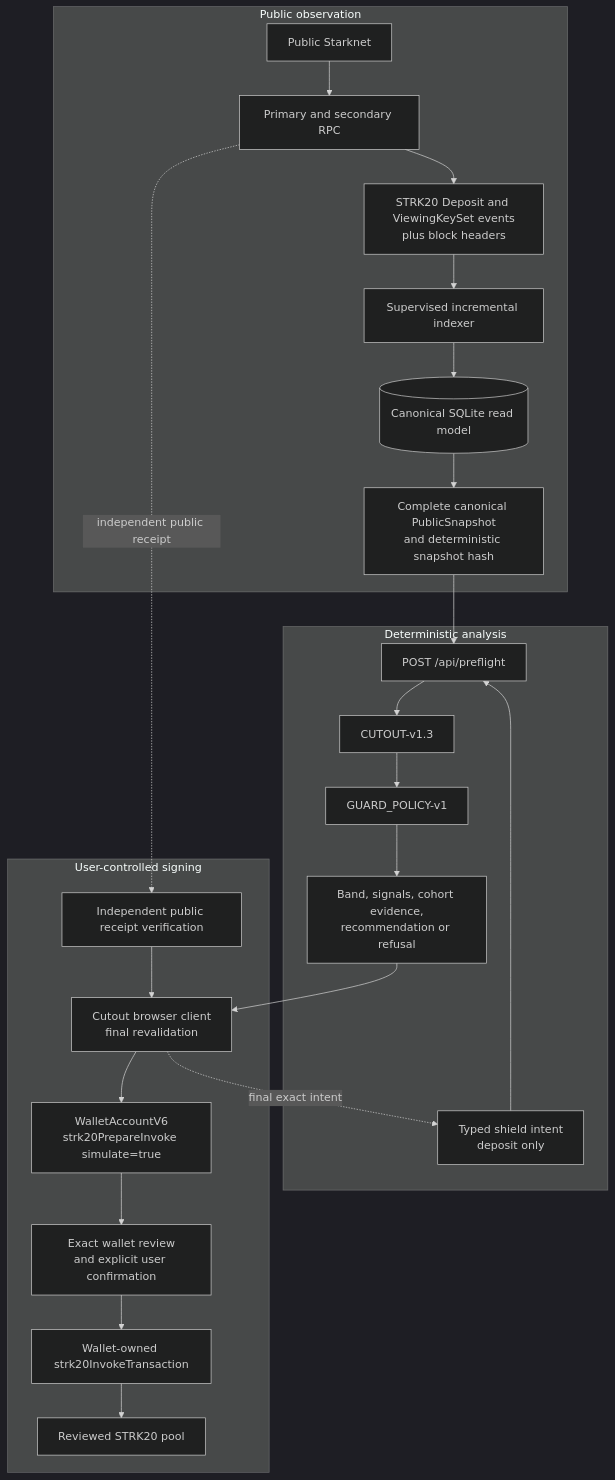
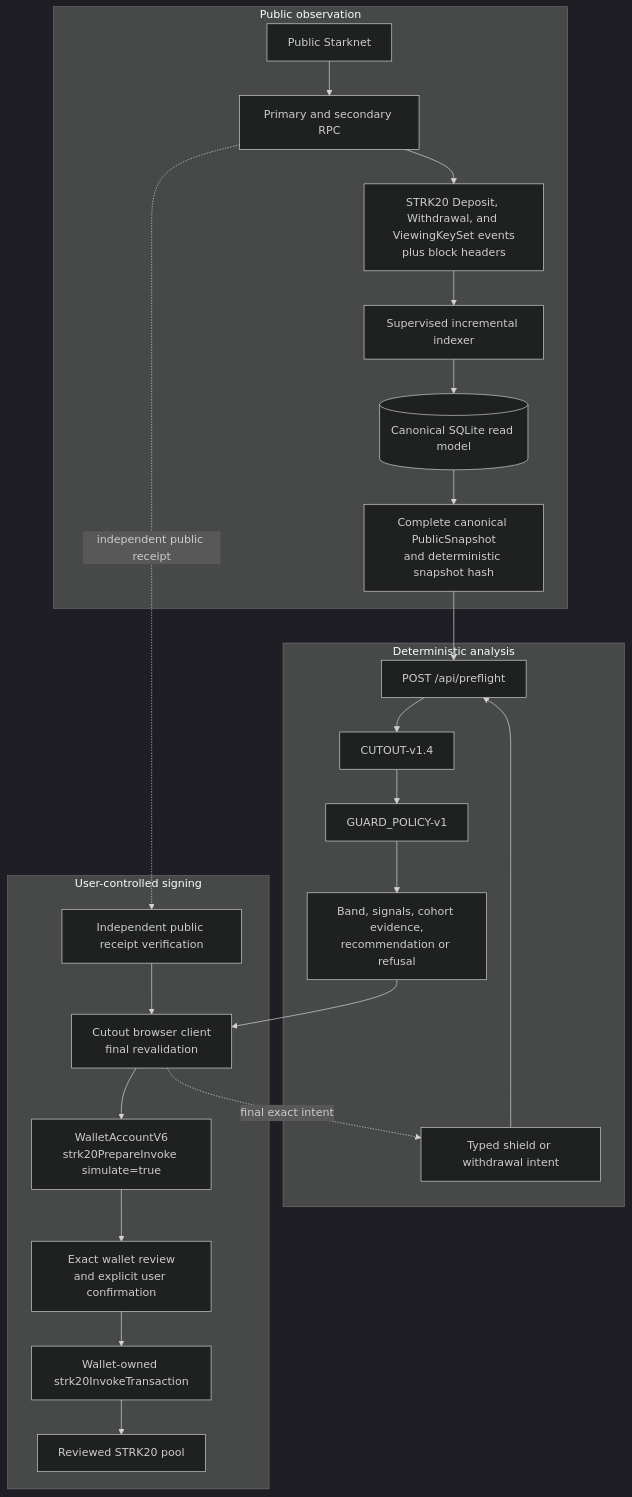
The diagram in docs/ARCHITECTURE.md (dmetagame/cutout), drawn with Mermaid (dark theme) before and after one commit. The commit also changed other lines of this file and 77 other files, not shown here.

````diff
--- a/docs/ARCHITECTURE.md
+++ b/docs/ARCHITECTURE.md
@@ -7,36 +11,36 @@
 ```mermaid
 flowchart TB
   subgraph PublicObservation[Public observation]
     SN[Public Starknet]
     RPC[Primary and secondary RPC]
-    EVENTS["STRK20 Deposit and ViewingKeySet events<br/>plus block headers"]
+    EVENTS["STRK20 Deposit, Withdrawal, and ViewingKeySet events<br/>plus block headers"]
     INDEXER[Supervised incremental indexer]
     STORE[(Canonical SQLite read model)]
     SNAPSHOT["Complete canonical PublicSnapshot<br/>and deterministic snapshot hash"]
     SN --> RPC --> EVENTS --> INDEXER --> STORE --> SNAPSHOT
   end
 
   subgraph DeterministicAnalysis[Deterministic analysis]
-    INTENT["Typed shield intent<br/>deposit only"]
+    INTENT["Typed shield or withdrawal intent"]
     API[POST /api/preflight]
-    ENGINE[CUTOUT-v1.3]
+    ENGINE[CUTOUT-v1.4]
     POLICY[GUARD_POLICY-v1]
     EVIDENCE["Band, signals, cohort evidence,<br/>recommendation or refusal"]
     INTENT --> API
     SNAPSHOT --> API --> ENGINE --> POLICY --> EVIDENCE
   end
 
   subgraph UserControlledSigning[User-controlled signing]
     BROWSER["Cutout browser client<br/>final revalidation"]
     PREPARE["WalletAccountV6<br/>strk20PrepareInvoke simulate=true"]
     REVIEW["Exact wallet review<br/>and explicit user confirmation"]
     INVOKE[Wallet-owned strk20InvokeTransaction]
     POOL[Reviewed STRK20 pool]
     RECEIPT[Independent public receipt verification]
     EVIDENCE --> BROWSER --> PREPARE --> REVIEW --> INVOKE --> POOL
     RPC -. independent public receipt .-> RECEIPT
     RECEIPT --> BROWSER
   end
 
   BROWSER -. final exact intent .-> INTENT
 ```
````
